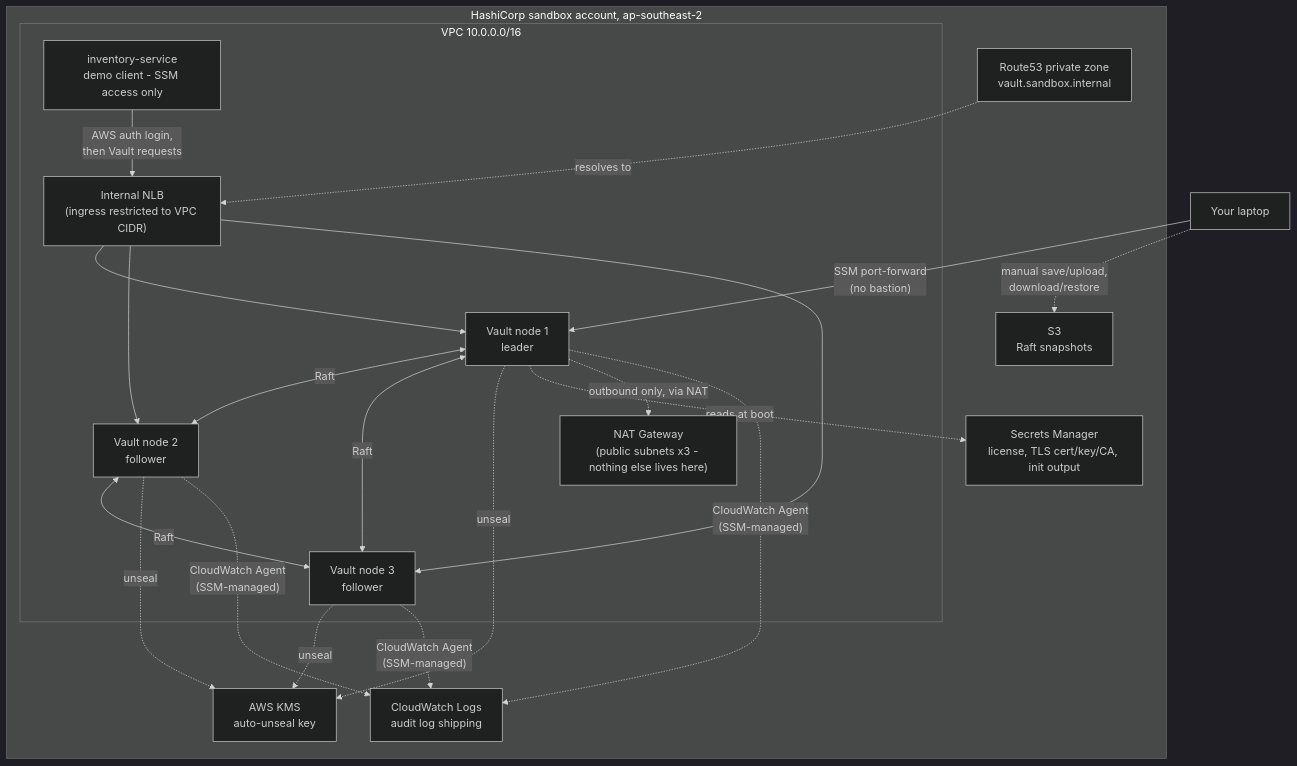
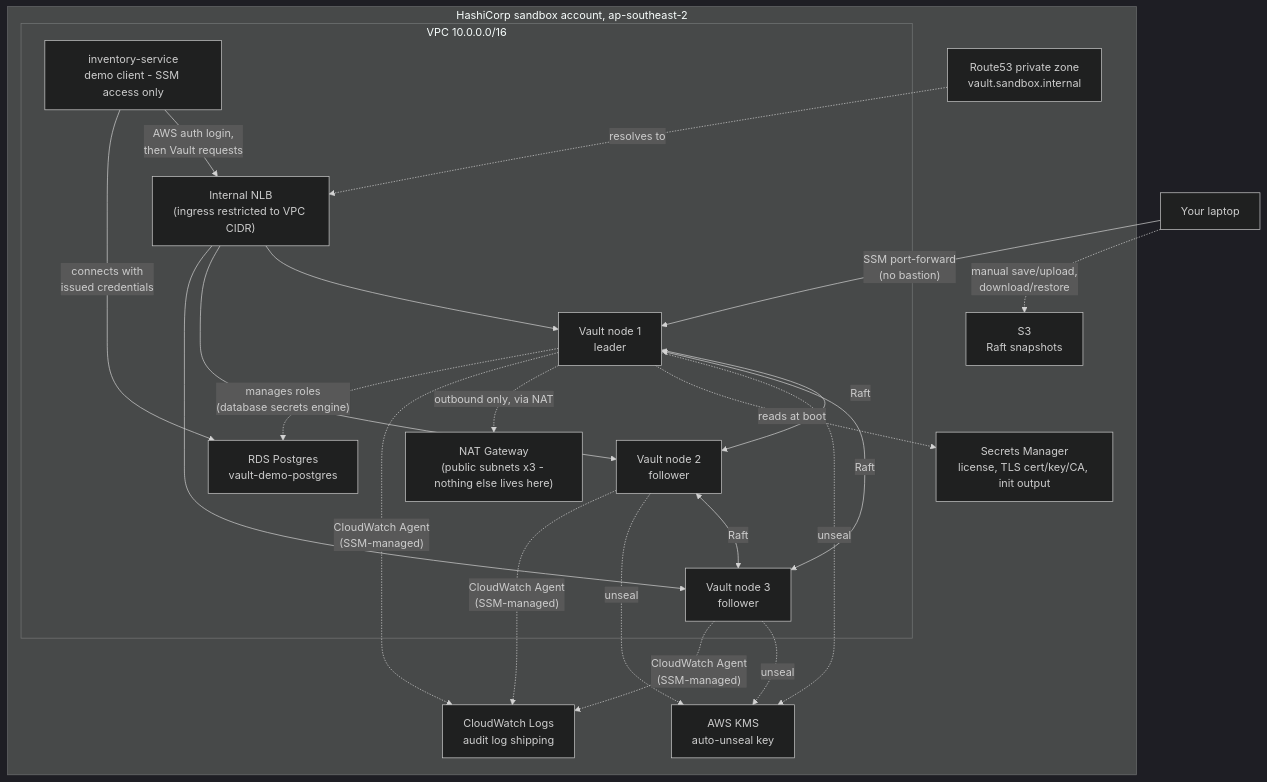
Before and after one commit to markcarriedo/vault-enterprise-field-guide: the diagram in docs/reference/architecture.md, drawn with Mermaid (dark theme). The commit also changed other lines of this file and 13 other files, not shown here.

First line of the commit message:
feat(vault): database secrets engine - dynamic Postgres creds, real RDS

````diff
--- a/docs/reference/architecture.md
+++ b/docs/reference/architecture.md
@@ -6,39 +6,42 @@
 ```mermaid
 flowchart TB
     You["Your laptop"]
 
     subgraph AWS["HashiCorp sandbox account, ap-southeast-2"]
         subgraph VPC["VPC 10.0.0.0/16"]
             NAT["NAT Gateway\n(public subnets x3 - nothing else lives here)"]
             LB["Internal NLB\n(ingress restricted to VPC CIDR)"]
             V1["Vault node 1\nleader"]
             V2["Vault node 2\nfollower"]
             V3["Vault node 3\nfollower"]
             App["inventory-service\ndemo client - SSM access only"]
+            RDS["RDS Postgres\nvault-demo-postgres"]
         end
         KMS["AWS KMS\nauto-unseal key"]
         SM["Secrets Manager\nlicense, TLS cert/key/CA, init output"]
         R53["Route53 private zone\nvault.sandbox.internal"]
         CW["CloudWatch Logs\naudit log shipping"]
         S3["S3\nRaft snapshots"]
     end
 
     You -->|"SSM port-forward\n(no bastion)"| V1
     LB --> V1
     LB --> V2
     LB --> V3
     App -->|"AWS auth login,\nthen Vault requests"| LB
     V1 <-->|Raft| V2
     V2 <-->|Raft| V3
     V1 <-->|Raft| V3
     V1 -.->|unseal| KMS
     V2 -.->|unseal| KMS
     V3 -.->|unseal| KMS
     V1 -.->|reads at boot| SM
     R53 -.->|resolves to| LB
     V1 -.->|outbound only, via NAT| NAT
     V1 -.->|"CloudWatch Agent\n(SSM-managed)"| CW
     V2 -.->|"CloudWatch Agent\n(SSM-managed)"| CW
     V3 -.->|"CloudWatch Agent\n(SSM-managed)"| CW
     You -.->|"manual save/upload,\ndownload/restore"| S3
+    V1 -.->|"manages roles\n(database secrets engine)"| RDS
+    App -->|"connects with\nissued credentials"| RDS
 ```
````
